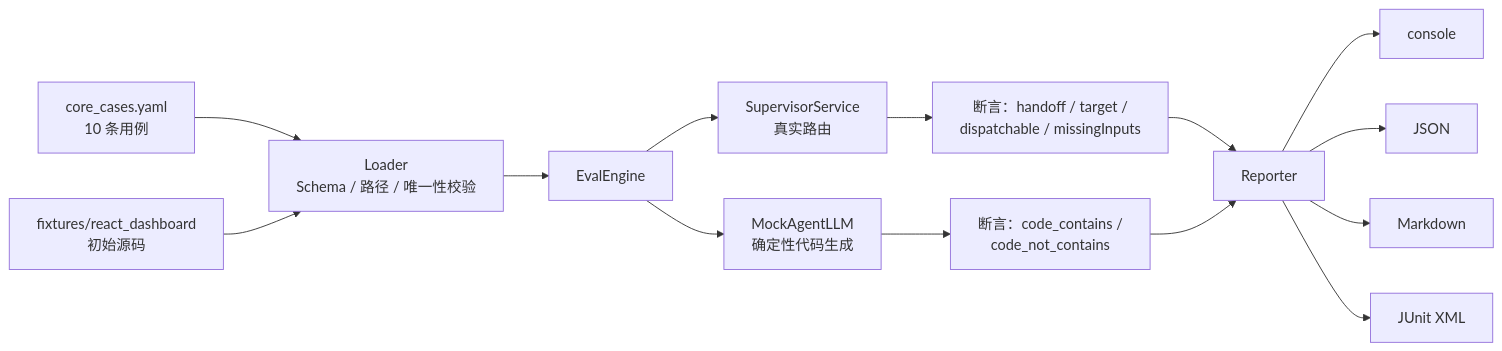
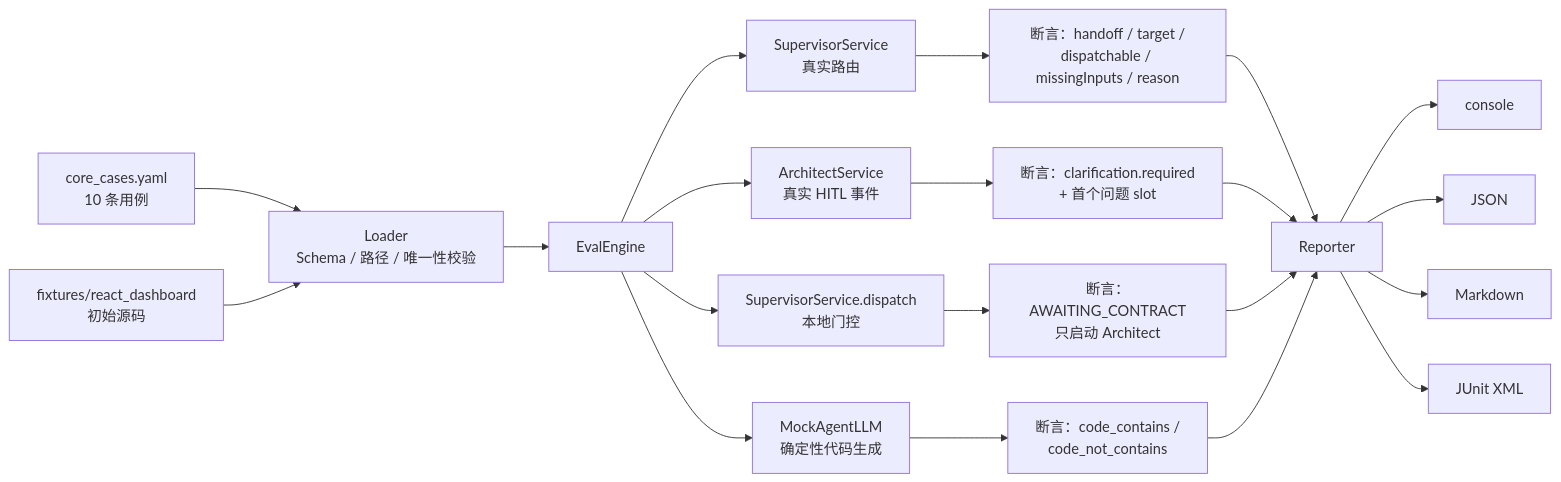
The first of 2 diagrams in docs/design/07.Eval_Suite.md (Cai199999/vibe-platform), drawn with Mermaid before and after one commit. The commit also changed other lines of this file and 14 other files, not shown here.

````diff
--- a/docs/design/07.Eval_Suite.md
+++ b/docs/design/07.Eval_Suite.md
@@ -59,16 +59,22 @@
 ```mermaid
 flowchart LR
     Y["core_cases.yaml<br/>10 条用例"] --> L["Loader<br/>Schema / 路径 / 唯一性校验"]
     F["fixtures/react_dashboard<br/>初始源码"] --> L
     L --> E["EvalEngine"]
     E --> S["SupervisorService<br/>真实路由"]
+    E --> H["ArchitectService<br/>真实 HITL 事件"]
+    E --> G["SupervisorService.dispatch<br/>本地门控"]
     E --> M["MockAgentLLM<br/>确定性代码生成"]
-    S --> A["断言：handoff / target /<br/>dispatchable / missingInputs"]
+    S --> A["断言：handoff / target /<br/>dispatchable / missingInputs / reason"]
+    H --> A2["断言：clarification.required<br/>+ 首个问题 slot"]
+    G --> A3["断言：AWAITING_CONTRACT<br/>只启动 Architect"]
     M --> C["断言：code_contains /<br/>code_not_contains"]
     A --> R["Reporter"]
+    A2 --> R
+    A3 --> R
     C --> R
     R --> O1["console"]
     R --> O2["JSON"]
     R --> O3["Markdown"]
     R --> O4["JUnit XML"]
 ```
````
